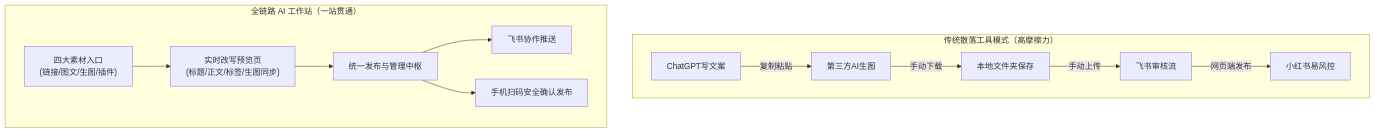
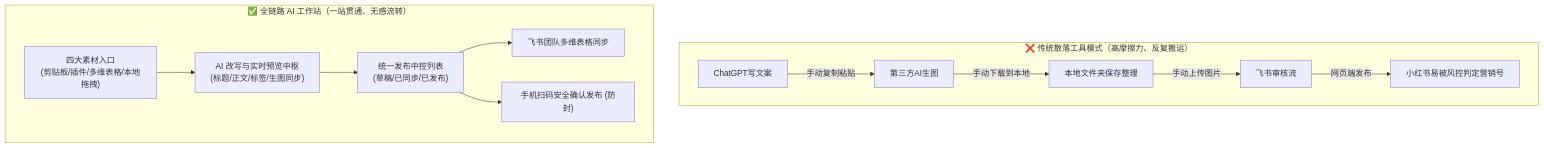
Before and after one commit to ponyletter/py310sphinx_knowledge: the diagram in docs/source/courses/geek_notes_and_ai_dialogues/stage5_digital_garden_and_random_thoughts/04_case_yinxinghe_xiaohongshu_ai_workstation.md, drawn with Mermaid. The commit also changed other lines of this file and 7 other files, not shown here.

````diff
--- a/docs/source/courses/geek_notes_and_ai_dialogues/stage5_digital_garden_and_random_thoughts/04_case_yinxinghe_xiaohongshu_ai_workstation.md
+++ b/docs/source/courses/geek_notes_and_ai_dialogues/stage5_digital_garden_and_random_thoughts/04_case_yinxinghe_xiaohongshu_ai_workstation.md
@@ -18,15 +22,15 @@
-```mermaid
+```{mermaid}
 flowchart TD
-    subgraph 传统散落模式["传统散落工具模式（高摩擦力）"]
-        A1["ChatGPT写文案"] -->|复制粘贴| A2["第三方AI生图"]
-        A2 -->|手动下载| A3["本地文件夹保存"]
-        A3 -->|手动上传| A4["飞书审核流"]
-        A4 -->|网页端发布| A5["小红书易风控"]
+    subgraph 传统散落模式["❌ 传统散落工具模式（高摩擦力、反复搬运）"]
+        A1["ChatGPT写文案"] -->|手动复制粘贴| A2["第三方AI生图"]
+        A2 -->|手动下载到本地| A3["本地文件夹保存整理"]
+        A3 -->|手动上传图片| A4["飞书审核流"]
+        A4 -->|网页端发布| A5["小红书易被风控判定营销号"]
     end
 
-    subgraph 尹星河工作站["全链路 AI 工作站（一站贯通）"]
-        B1["四大素材入口<br/>(链接/图文/生图/插件)"] --> B2["实时改写预览页<br/>(标题/正文/标签/生图同步)"]
-        B2 --> B3["统一发布与管理中枢"]
-        B3 --> B4["飞书协作推送"] & B5["手机扫码安全确认发布"]
+    subgraph 尹星河工作站["✅ 全链路 AI 工作站（一站贯通、无感流转）"]
+        B1["四大素材入口<br/>(剪贴板/插件/多维表格/本地拖拽)"] --> B2["AI 改写与实时预览中枢<br/>(标题/正文/标签/生图同步)"]
+        B2 --> B3["统一发布中控列表<br/>(草稿/已同步/已发布)"]
+        B3 --> B4["飞书团队多维表格同步"] & B5["手机扫码安全确认发布 (防封)"]
     end
 ```
````
